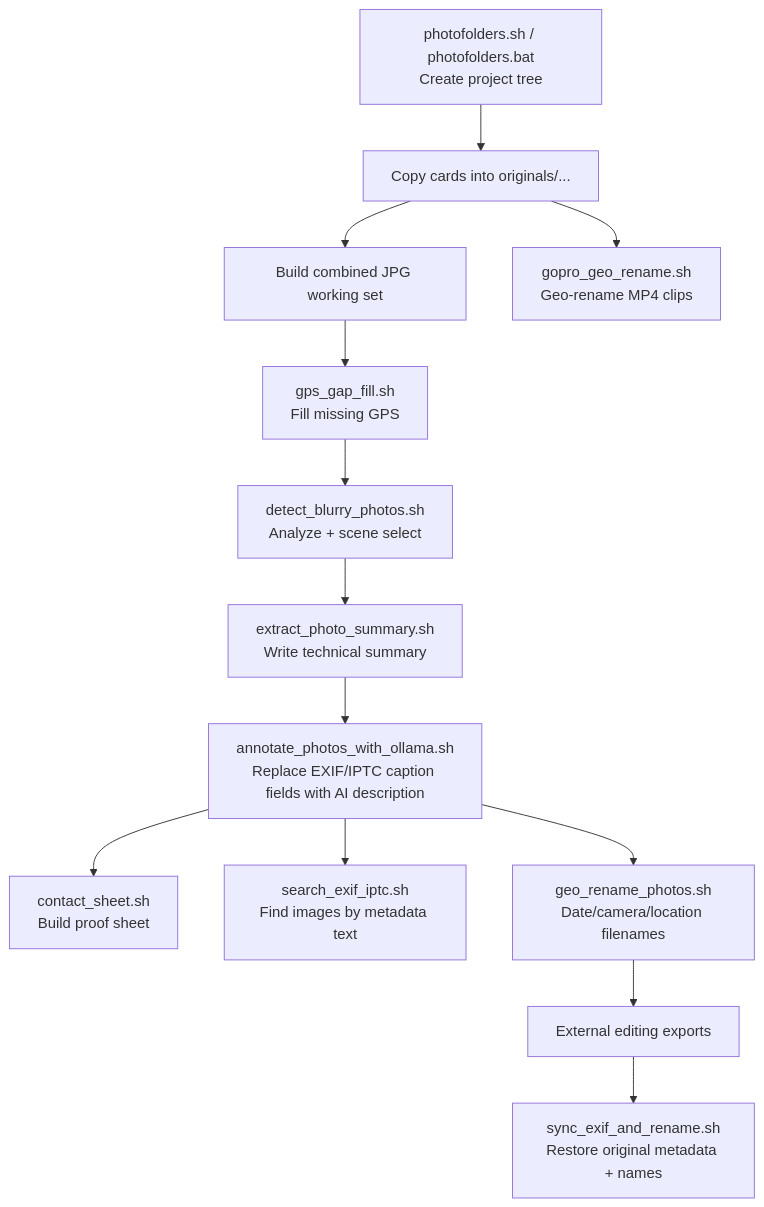
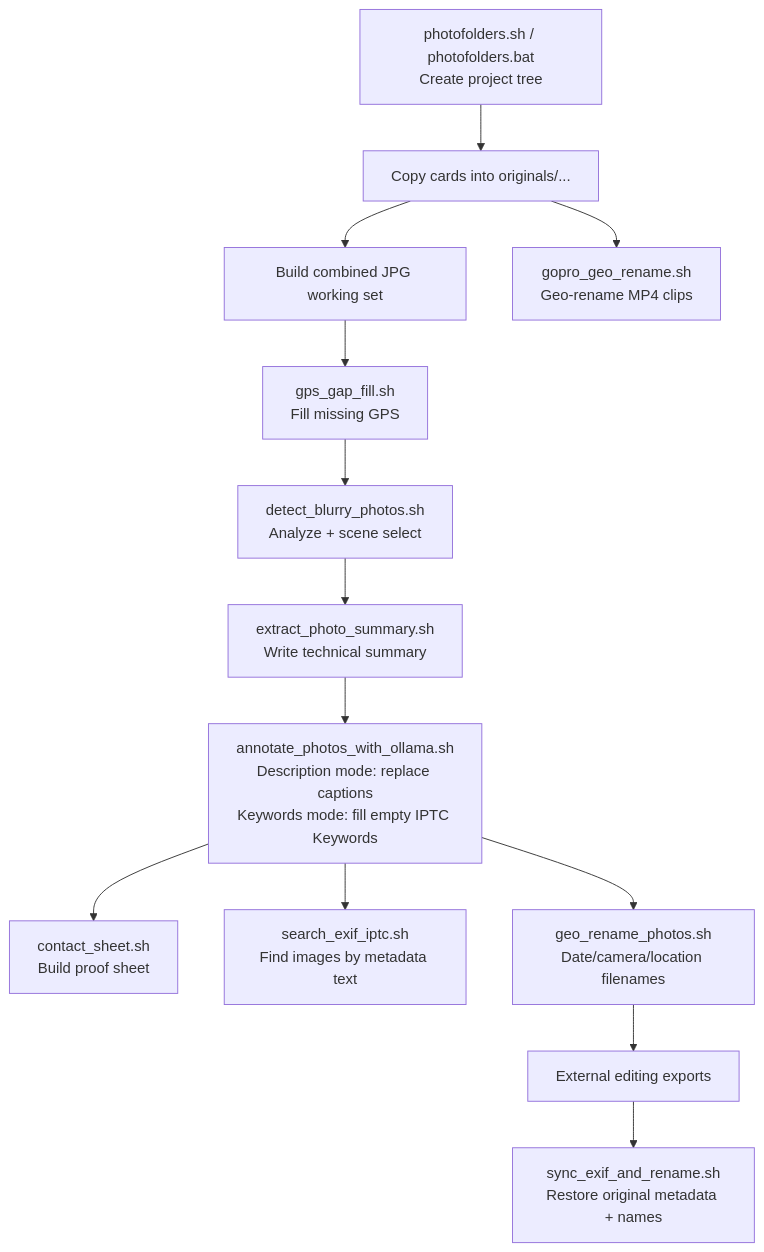
Before and after one commit to igoros777/photoshell: the diagram in README.md, drawn with Mermaid. The commit also changed other lines of this file and 2 other files, not shown here.

Commit message:
Update Ollama script and documentation to support separate description and keywords workflows

````diff
--- a/README.md
+++ b/README.md
@@ -129,15 +137,15 @@
 ```mermaid
 flowchart TD
     A[photofolders.sh / photofolders.bat<br/>Create project tree] --> B[Copy cards into originals/...]
     B --> C[Build combined JPG working set]
     C --> D[gps_gap_fill.sh<br/>Fill missing GPS]
     D --> E[detect_blurry_photos.sh<br/>Analyze + scene select]
     E --> F[extract_photo_summary.sh<br/>Write technical summary]
-    F --> G[annotate_photos_with_ollama.sh<br/>Replace EXIF/IPTC caption fields with AI description]
+    F --> G[annotate_photos_with_ollama.sh<br/>Description mode: replace captions<br/>Keywords mode: fill empty IPTC Keywords]
     G --> H[contact_sheet.sh<br/>Build proof sheet]
     G --> I[search_exif_iptc.sh<br/>Find images by metadata text]
     G --> J[geo_rename_photos.sh<br/>Date/camera/location filenames]
     B --> K[gopro_geo_rename.sh<br/>Geo-rename MP4 clips]
     J --> L[External editing exports]
     L --> M[sync_exif_and_rename.sh<br/>Restore original metadata + names]
 ```
````
